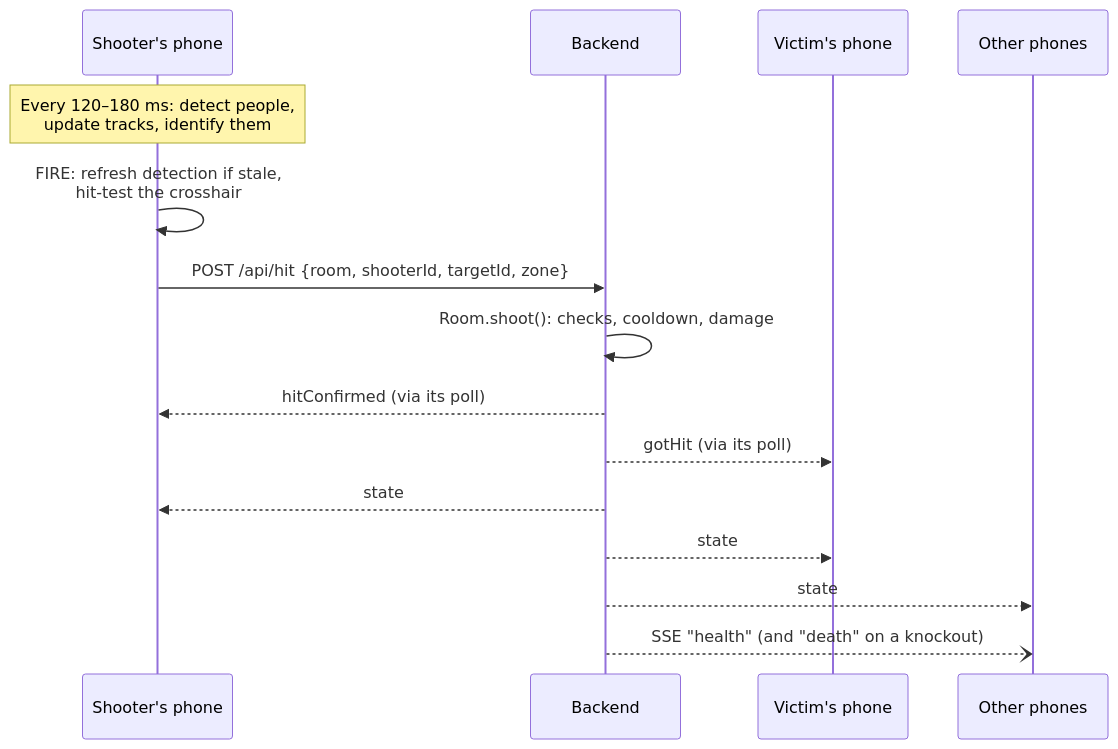
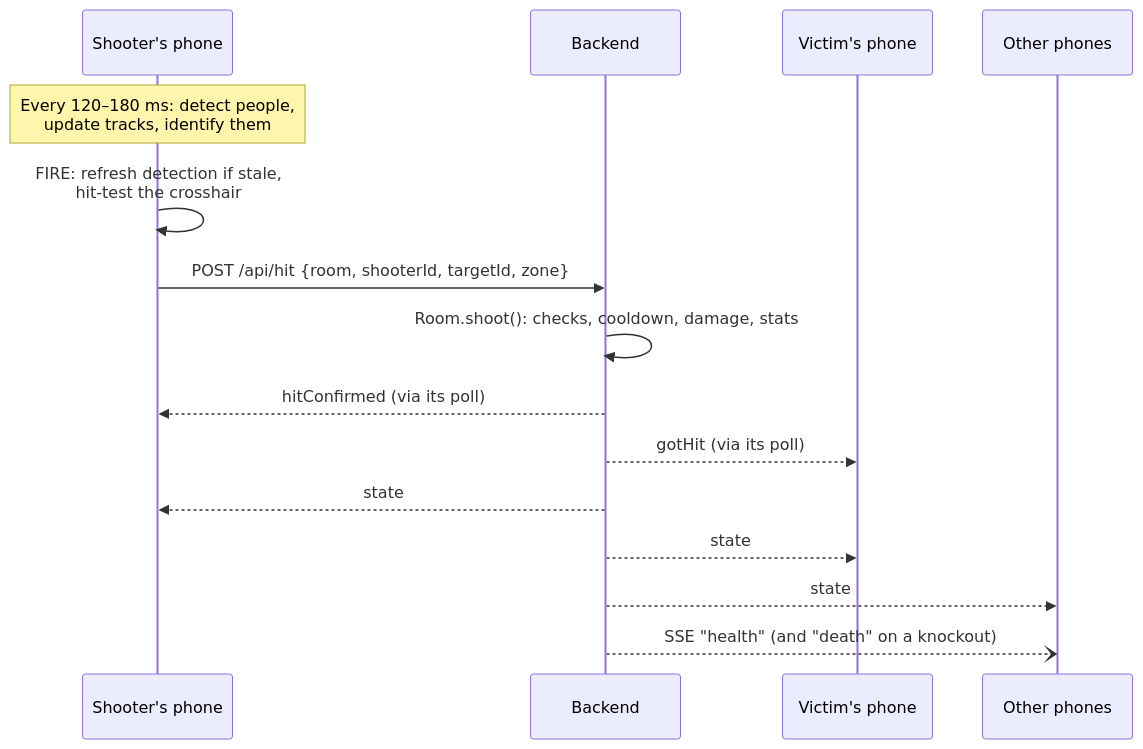
The second of 2 diagrams in docs/architecture.md (Basiliskenzahn/Laser-Tag), drawn with Mermaid before and after one commit. The commit also changed other lines of this file and 12 other files, not shown here.

````diff
--- a/docs/architecture.md
+++ b/docs/architecture.md
@@ -51,18 +51,18 @@
 ```mermaid
 sequenceDiagram
   participant S as Shooter's phone
   participant B as Backend
   participant V as Victim's phone
   participant O as Other phones
 
   Note over S: Every 120–180 ms: detect people,<br/>update tracks, identify them
   S->>S: FIRE: refresh detection if stale,<br/>hit-test the crosshair
   S->>B: POST /api/hit {room, shooterId, targetId, zone}
-  B->>B: Room.shoot(): checks, cooldown, damage
+  B->>B: Room.shoot(): checks, cooldown, damage, stats
   B-->>S: hitConfirmed (via its poll)
   B-->>V: gotHit (via its poll)
   B-->>S: state
   B-->>V: state
   B-->>O: state
   B--)O: SSE "health" (and "death" on a knockout)
 ```
````
